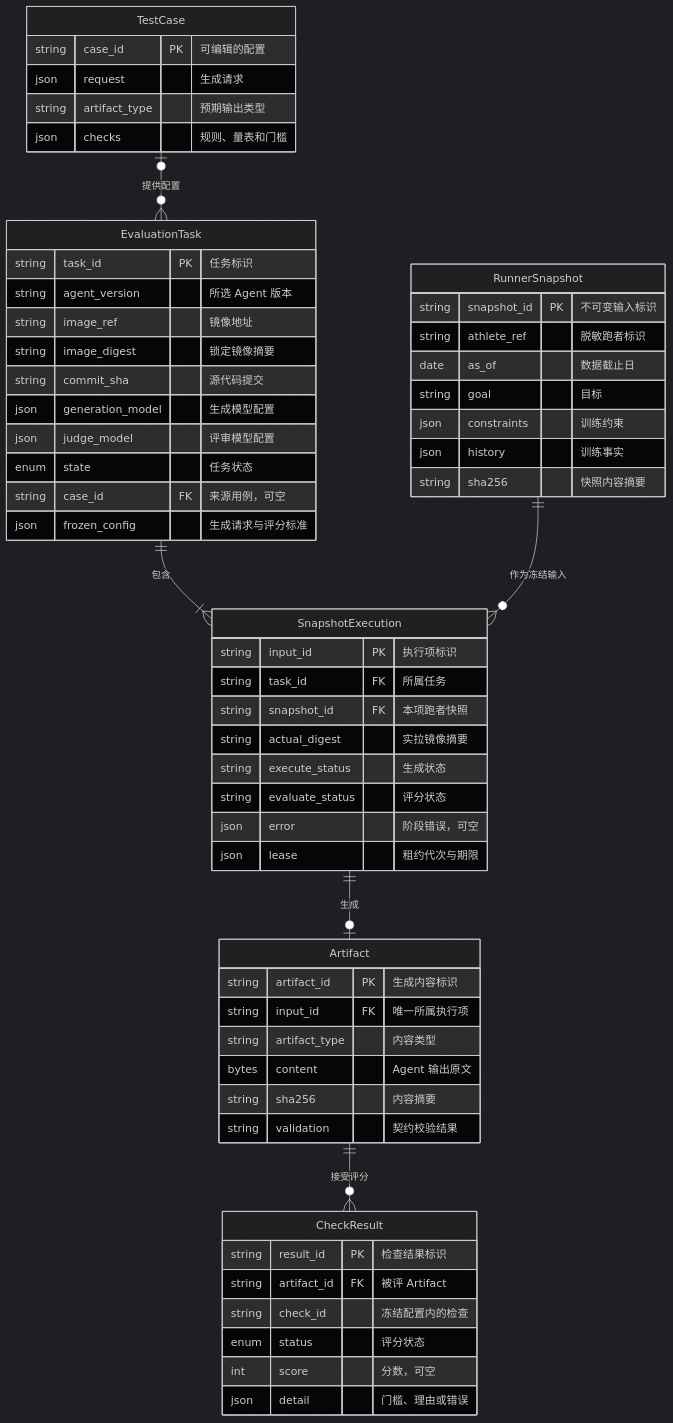
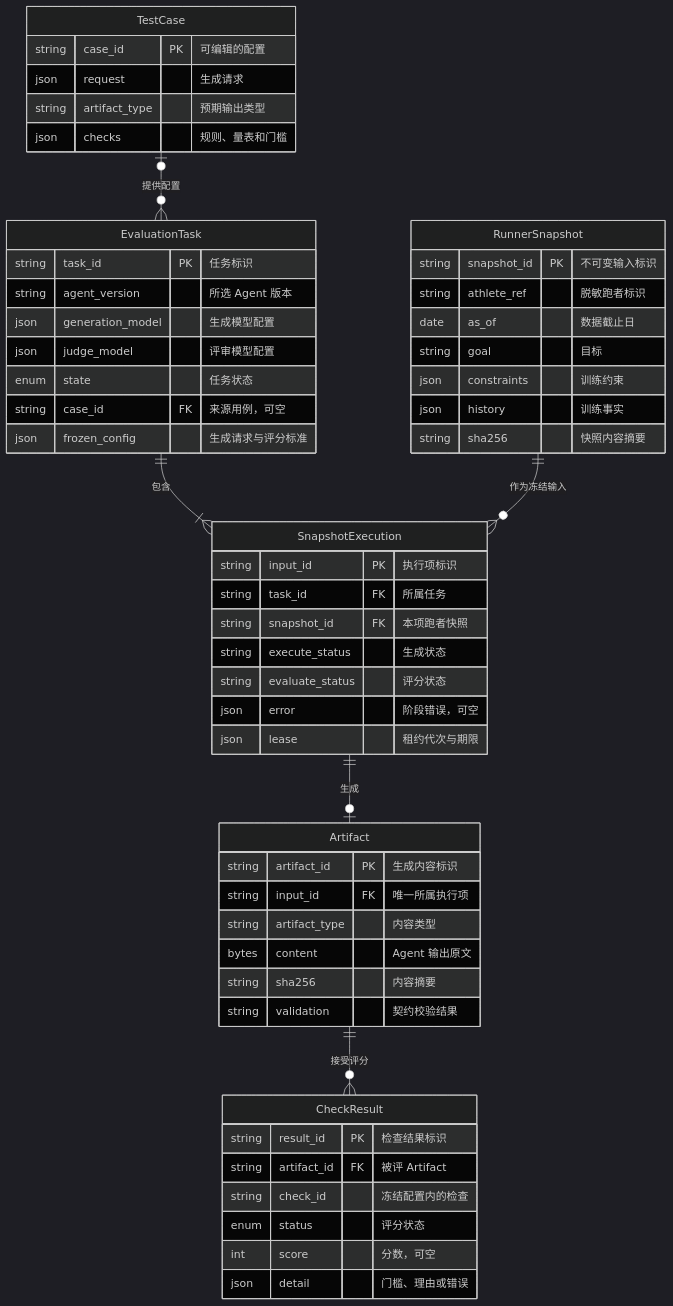
One commit to zhaochy1990/running changed the second of 2 diagrams in docs/superpowers/specs/2026-11-23-offline-plan-eval.md. Above: the diagram before and after it, drawn with Mermaid (dark theme). The commit also changed other lines of this file and 1 other file, not shown here.

````diff
--- a/docs/superpowers/specs/2026-11-23-offline-plan-eval.md
+++ b/docs/superpowers/specs/2026-11-23-offline-plan-eval.md
@@ -221,61 +216,57 @@
 ```mermaid
 erDiagram
     TestCase {
         string case_id PK "可编辑的配置"
         json request "生成请求"
         string artifact_type "预期输出类型"
         json checks "规则、量表和门槛"
     }
     RunnerSnapshot {
         string snapshot_id PK "不可变输入标识"
         string athlete_ref "脱敏跑者标识"
         date as_of "数据截止日"
         string goal "目标"
         json constraints "训练约束"
         json history "训练事实"
         string sha256 "快照内容摘要"
     }
     Artifact {
         string artifact_id PK "生成内容标识"
         string input_id FK "唯一所属执行项"
         string artifact_type "内容类型"
         bytes content "Agent 输出原文"
         string sha256 "内容摘要"
         string validation "契约校验结果"
     }
     SnapshotExecution {
         string input_id PK "执行项标识"
         string task_id FK "所属任务"
         string snapshot_id FK "本项跑者快照"
-        string actual_digest "实拉镜像摘要"
         string execute_status "生成状态"
         string evaluate_status "评分状态"
         json error "阶段错误，可空"
         json lease "租约代次与期限"
     }
     EvaluationTask {
         string task_id PK "任务标识"
         string agent_version "所选 Agent 版本"
-        string image_ref "镜像地址"
-        string image_digest "锁定镜像摘要"
-        string commit_sha "源代码提交"
         json generation_model "生成模型配置"
         json judge_model "评审模型配置"
         enum state "任务状态"
         string case_id FK "来源用例，可空"
         json frozen_config "生成请求与评分标准"
     }
     CheckResult {
         string result_id PK "检查结果标识"
         string artifact_id FK "被评 Artifact"
         string check_id "冻结配置内的检查"
         enum status "评分状态"
         int score "分数，可空"
         json detail "门槛、理由或错误"
     }
     EvaluationTask ||--|{ SnapshotExecution : "包含"
     RunnerSnapshot ||--o{ SnapshotExecution : "作为冻结输入"
     SnapshotExecution ||--o| Artifact : "生成"
     Artifact ||--o{ CheckResult : "接受评分"
     TestCase |o--o{ EvaluationTask : "提供配置"
 ```
````
